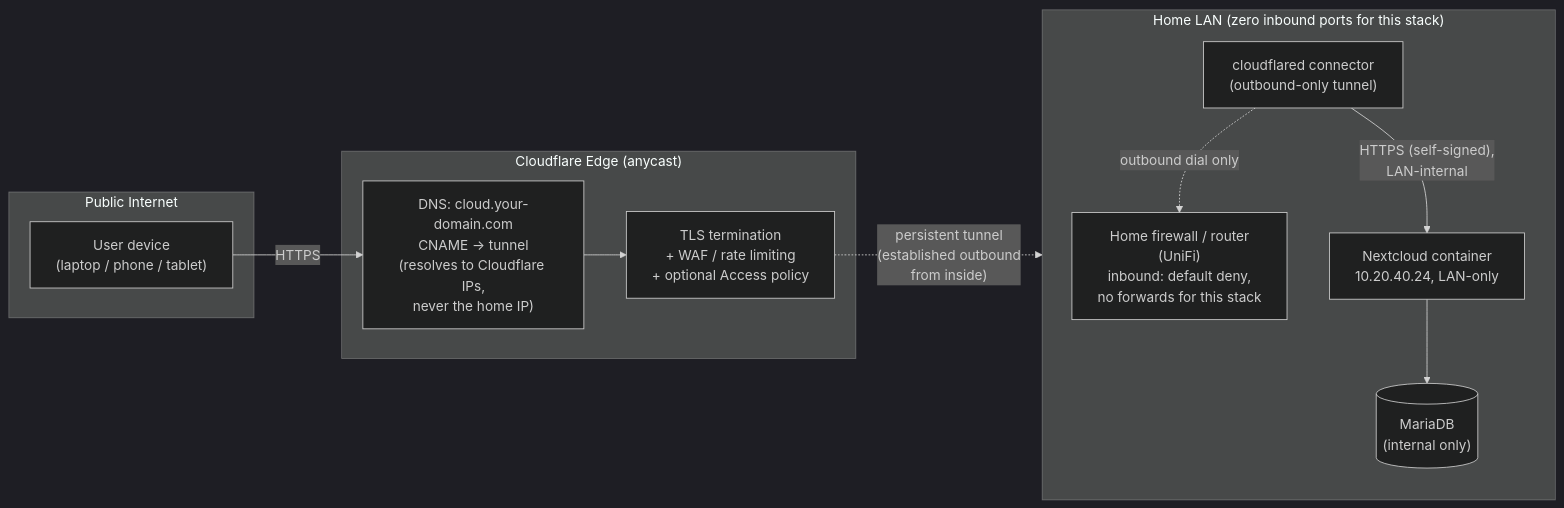
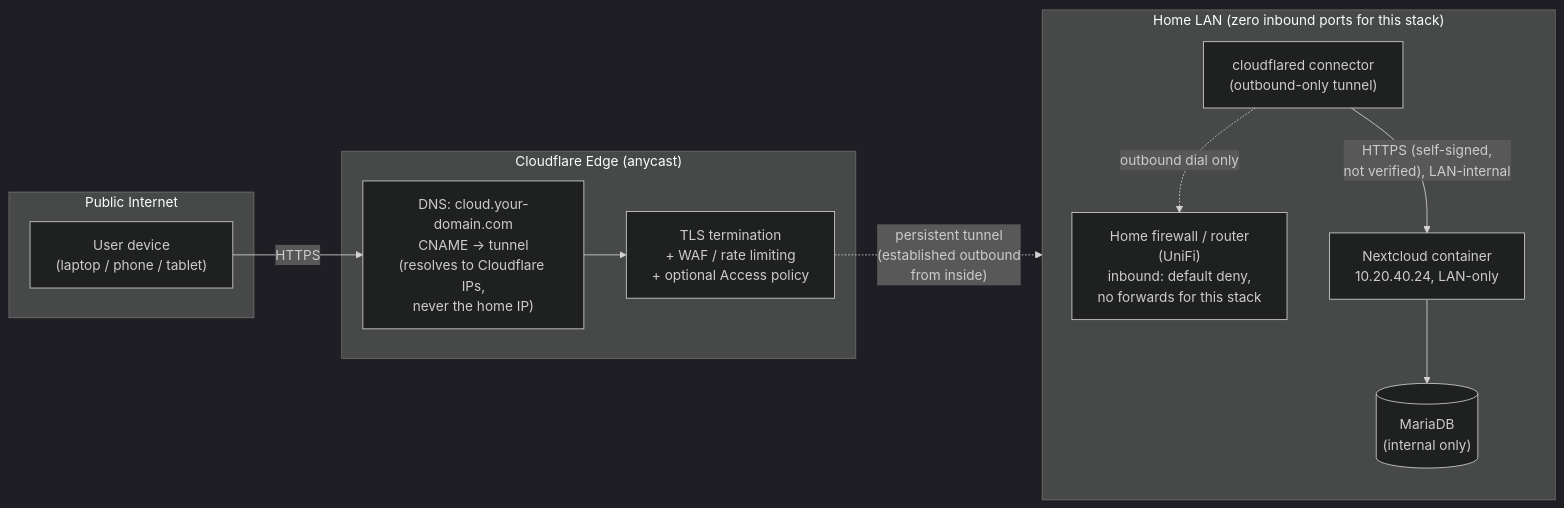
The diagram in README.md (brockharries/nextcloud-cloudflare-tunnel), drawn with Mermaid (dark theme) before and after one commit. The commit also changed other lines of this file and 3 other files, not shown here.

````diff
--- a/README.md
+++ b/README.md
@@ -40,25 +40,25 @@
 ```mermaid
 flowchart LR
     subgraph internet["Public Internet"]
         user["User device<br/>(laptop / phone / tablet)"]
     end
 
     subgraph cf["Cloudflare Edge (anycast)"]
         dns["DNS: cloud.your-domain.com<br/>CNAME → tunnel<br/>(resolves to Cloudflare IPs,<br/>never the home IP)"]
         edge["TLS termination<br/>+ WAF / rate limiting<br/>+ optional Access policy"]
     end
 
     subgraph home["Home LAN (zero inbound ports for this stack)"]
         direction TB
         fw["Home firewall / router<br/>(UniFi)<br/>inbound: default deny,<br/>no forwards for this stack"]
         cflared["cloudflared connector<br/>(outbound-only tunnel)"]
         nc["Nextcloud container<br/>10.20.40.24, LAN-only"]
         db[("MariaDB<br/>(internal only)")]
     end
 
     user -->|HTTPS| dns --> edge
     edge -.->|"persistent tunnel<br/>(established outbound<br/>from inside)"| cflared
-    cflared -->|"HTTPS (self-signed),<br/>LAN-internal"| nc
+    cflared -->|"HTTPS (self-signed,<br/>not verified), LAN-internal"| nc
     nc --> db
     cflared -.->|"outbound dial only"| fw
 ```
````
